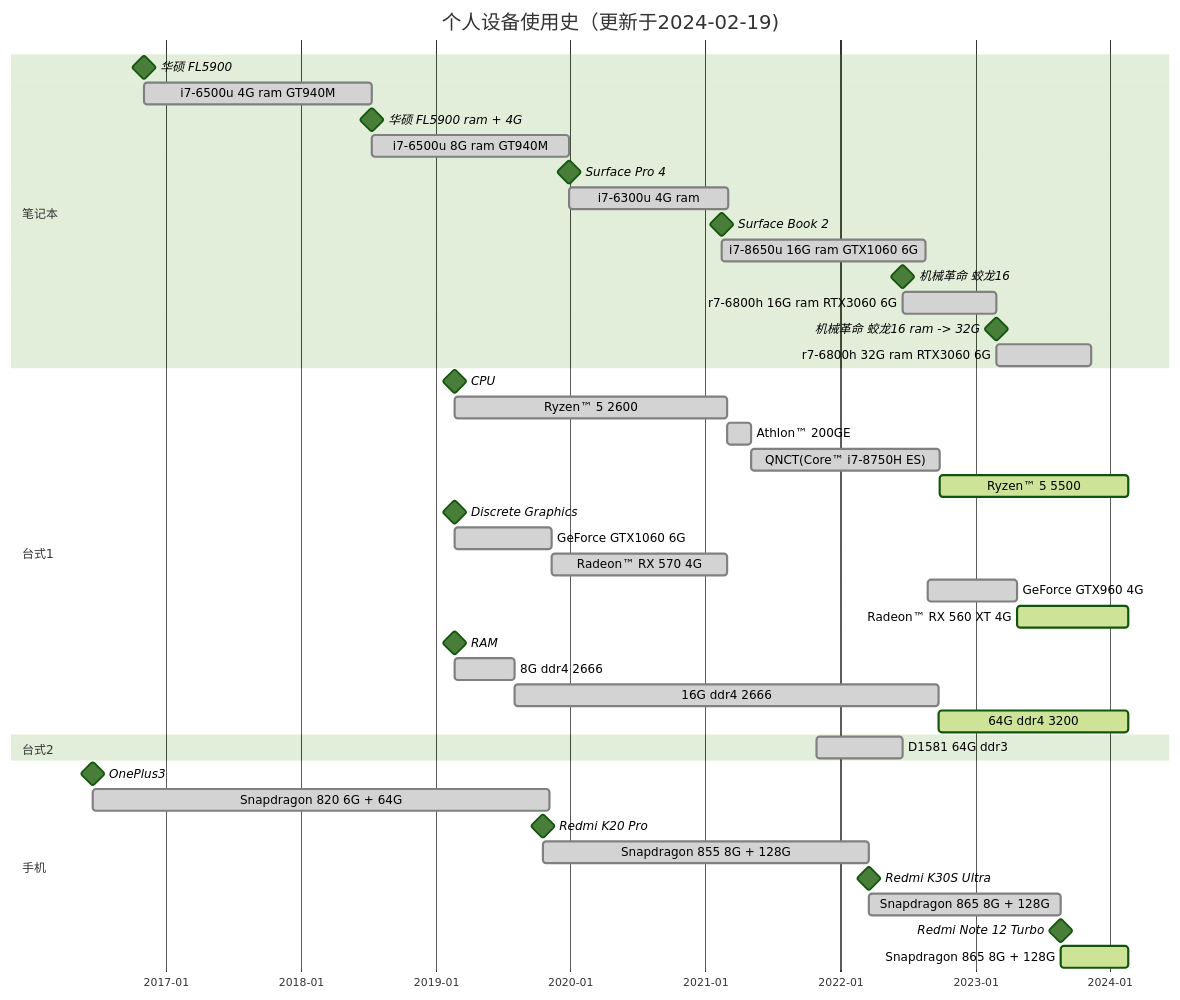
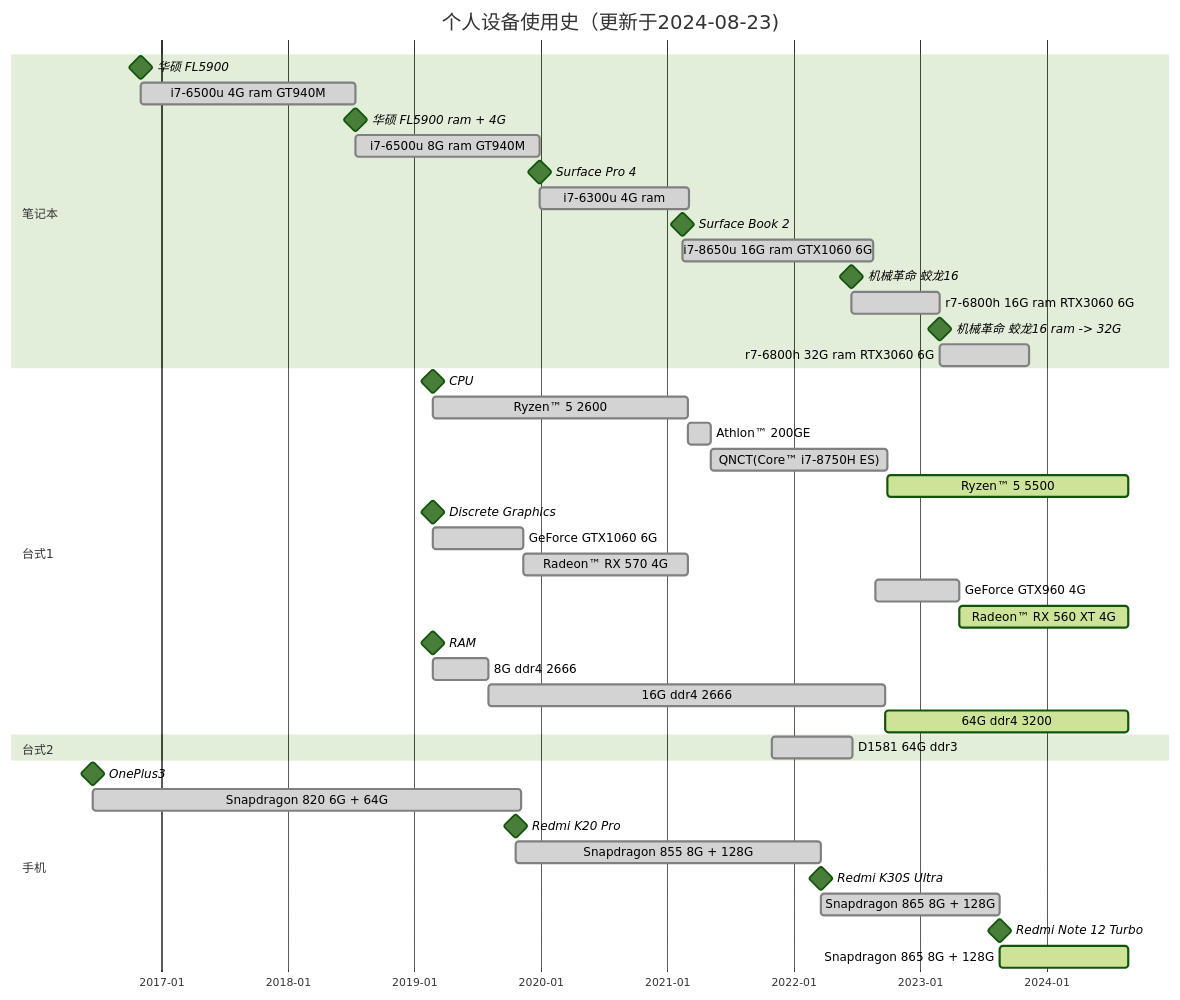
Before and after one commit to xuanyabulema/xuanyabulema.github.io: the diagram in source/microchip/index.md, drawn with Mermaid (forest theme).

Commit message:
update time

````diff
--- a/source/microchip/index.md
+++ b/source/microchip/index.md
@@ -13,54 +13,54 @@
 ```mermaid
 gantt
-    title 个人设备使用史（更新于2024-02-19)
+    title 个人设备使用史（更新于2024-08-23)
     dateFormat  YYYY-MM-DD
     axisFormat  %Y-%m
     
     section 笔记本
     华硕 FL5900                                 :milestone, 2016-11-03, 0d
     i7-6500u  4G ram GT940M                     :done, 2016-11-03, 2018-07-13
     华硕 FL5900  ram + 4G                        :milestone, 2018-07-13, 0d
     i7-6500u  8G ram GT940M                     :done, 2018-07-13, 2019-12-29
     Surface Pro 4                               :milestone, 2019-12-29, 0d
     i7-6300u  4G ram                            :done, 2019-12-29, 2021-03-03
     Surface Book 2                              :milestone, 2021-02-12, 0d
     i7-8650u  16G ram  GTX1060 6G               :done, 2021-02-12, 2022-08-18
     机械革命 蛟龙16                               :milestone, 2022-06-17, 0d
     r7-6800h  16G ram    RTX3060 6G             :done, 2022-06-17, 2023-02-26
     机械革命 蛟龙16  ram -> 32G                   :milestone, 2023-02-26, 0d
     r7-6800h  32G ram    RTX3060 6G             :done, 2023-02-26, 2023-11-11
     
     
     section 台式1
     CPU                                         :milestone, 2019-02-22, 0d
     Ryzen™ 5 2600                               :done, 2019-02-22, 2021-03-01
     Athlon™ 200GE                               :done, 2021-03-01, 2021-05-04
     QNCT(Core™ i7-8750H ES)                     :done, 2021-05-04, 2022-09-26
-    Ryzen™ 5 5500                               :active, 2022-09-26, 2024-02-19
+    Ryzen™ 5 5500                               :active, 2022-09-26, 2024-08-23
     
     Discrete Graphics                           :milestone, 2019-02-22, 0d
     GeForce GTX1060 6G                          :done, 2019-02-22, 2019-11-10
     Radeon™ RX 570 4G                           :done, 2019-11-10, 2021-03-01
     GeForce GTX960 4G                           :done, 2022-08-25, 2023-04-23
-    Radeon™ RX 560 XT 4G                        :active, 2023-04-23, 2024-02-19
+    Radeon™ RX 560 XT 4G                        :active, 2023-04-23, 2024-08-23
     
     RAM                                         :milestone, 2019-02-22, 0d
     8G ddr4 2666                                :done, 2019-02-22, 2019-08-02
     16G ddr4 2666                               :done, 2019-08-02, 2022-09-22
-    64G ddr4 3200                               :active, 2022-09-22, 2024-02-19
+    64G ddr4 3200                               :active, 2022-09-22, 2024-08-23
     
     
     section 台式2
     D1581 64G ddr3                              :done, 2021-10-29,2022-06-19
     
     
     section 手机
     OnePlus3                                    :milestone, 2016-06-16, 0d
     Snapdragon 820 6G + 64G                     :done, 2016-06-16, 2019-11-06
     Redmi K20 Pro                               :milestone, 2019-10-19, 0d
     Snapdragon 855  8G + 128G                   :done, 2019-10-19, 2022-03-18
     Redmi K30S Ultra                            :milestone, 2022-03-18, 0d
     Snapdragon 865  8G + 128G                   :done, 2022-03-18, 2023-08-19
     Redmi Note 12 Turbo                         :milestone, 2023-08-19, 0d
-    Snapdragon 865  8G + 128G                   :active, 2023-08-19, 2024-02-19
+    Snapdragon 865  8G + 128G                   :active, 2023-08-19, 2024-08-23
 ```
````
